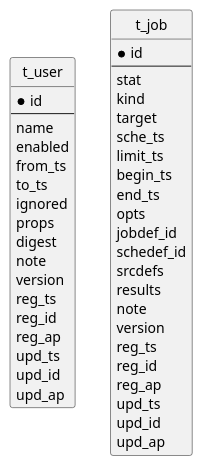
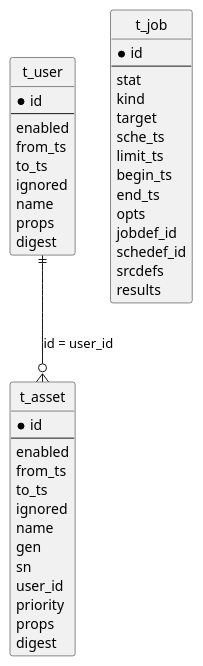
The diagram in database/er.pu (riru4293/safi), drawn with PlantUML before and after one commit. The commit also changed 4 other files, not shown here.

```diff
--- a/database/er.pu
+++ b/database/er.pu
@@ -1,49 +1,51 @@
 @startuml
 hide circle
 
 entity "t_user" as t_user {
     * id
     --
-      name
       enabled
       from_ts
       to_ts
       ignored
+      name
       props
       digest
-      note
-      version
-      reg_ts
-      reg_id
-      reg_ap
-      upd_ts
-      upd_id
-      upd_ap
 }
+
+entity "t_asset" as t_asset {
+    * id
+    --
+      enabled
+      from_ts
+      to_ts
+      ignored
+      name
+      gen
+      sn
+      user_id
+      priority
+      props
+      digest
+}
+
+t_user ||--o{ t_asset : "id = user_id"
 
 entity "t_job" as t_job {
     * id
     --
       stat
       kind
       target
       sche_ts
       limit_ts
       begin_ts
       end_ts
       opts
       jobdef_id
       schedef_id
       srcdefs
       results
-      note
-      version
-      reg_ts
-      reg_id
-      reg_ap
-      upd_ts
-      upd_id
-      upd_ap
 }
 
 @enduml
```
